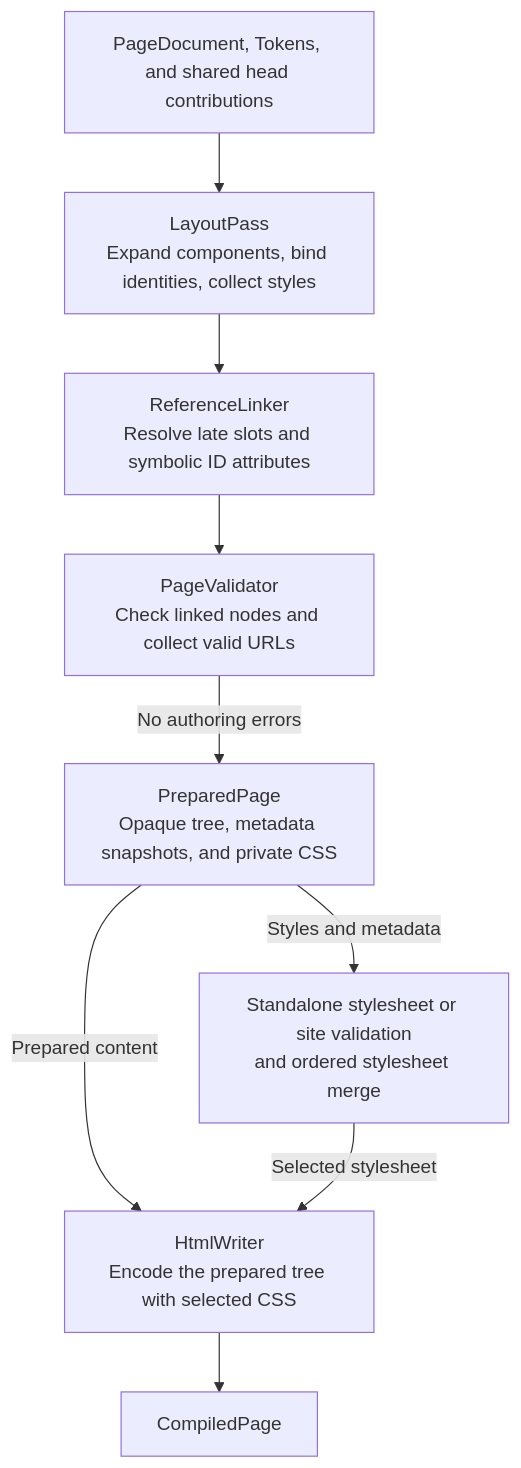
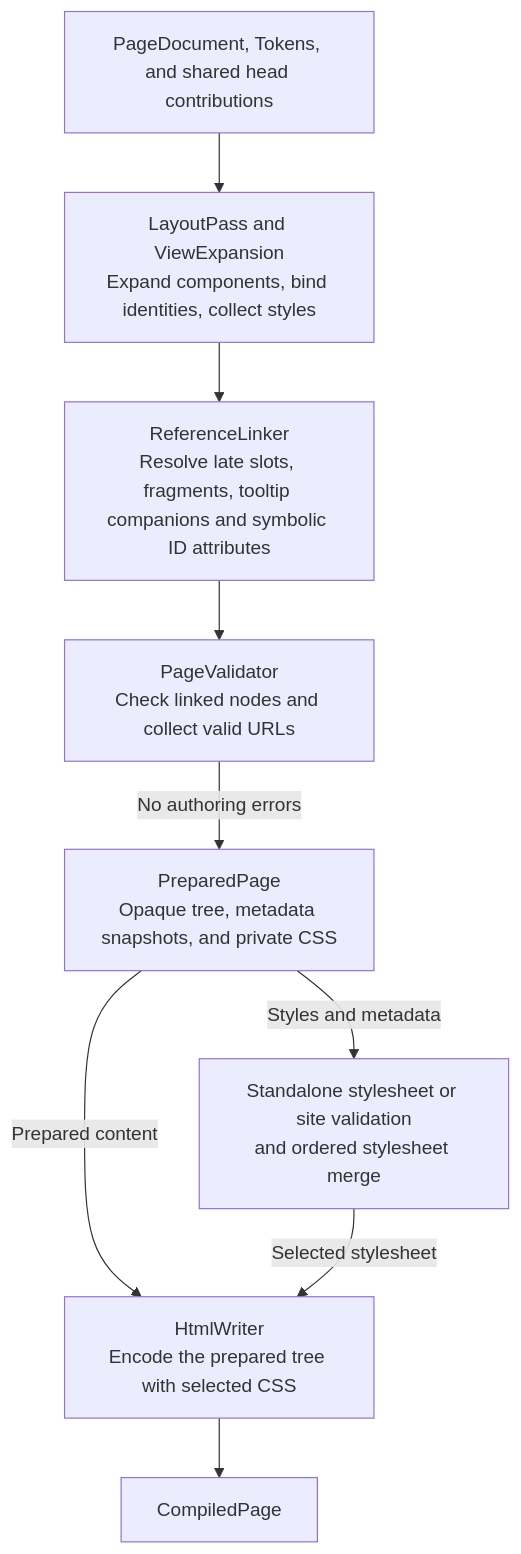
The fourth of 6 diagrams in docs/architecture.md (thiagogcm/tessera), drawn with Mermaid before and after one commit. The commit also changed other lines of this file and 36 other files, not shown here.

````diff
--- a/docs/architecture.md
+++ b/docs/architecture.md
@@ -132,18 +132,18 @@
 ```mermaid
 flowchart TD
     Input["PageDocument, Tokens, and shared head contributions"]
-    Layout["LayoutPass<br/>Expand components, bind identities, collect styles"]
-    Linker["ReferenceLinker<br/>Resolve late slots and symbolic ID attributes"]
+    Layout["LayoutPass and ViewExpansion<br/>Expand components, bind identities, collect styles"]
+    Linker["ReferenceLinker<br/>Resolve late slots, fragments, tooltip companions and symbolic ID attributes"]
     Validator["PageValidator<br/>Check linked nodes and collect valid URLs"]
     Prepared["PreparedPage<br/>Opaque tree, metadata snapshots, and private CSS"]
     Selection["Standalone stylesheet or site validation<br/>and ordered stylesheet merge"]
     Writer["HtmlWriter<br/>Encode the prepared tree with selected CSS"]
     Output["CompiledPage"]
 
     Input --> Layout --> Linker --> Validator
     Validator -->|No authoring errors| Prepared
     Prepared -->|Prepared content| Writer
     Prepared -->|Styles and metadata| Selection
     Selection -->|Selected stylesheet| Writer
     Writer --> Output
 ```
````
